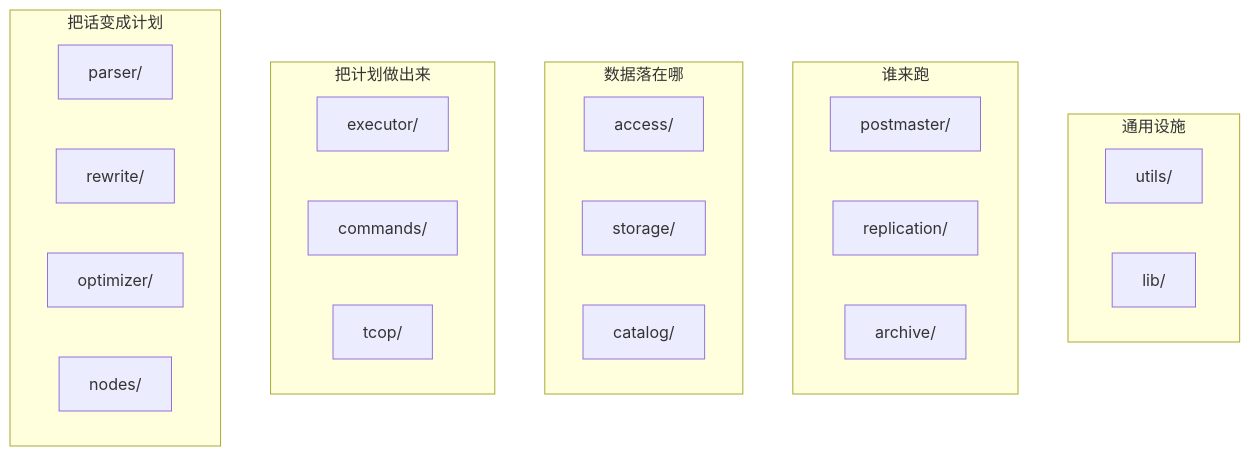
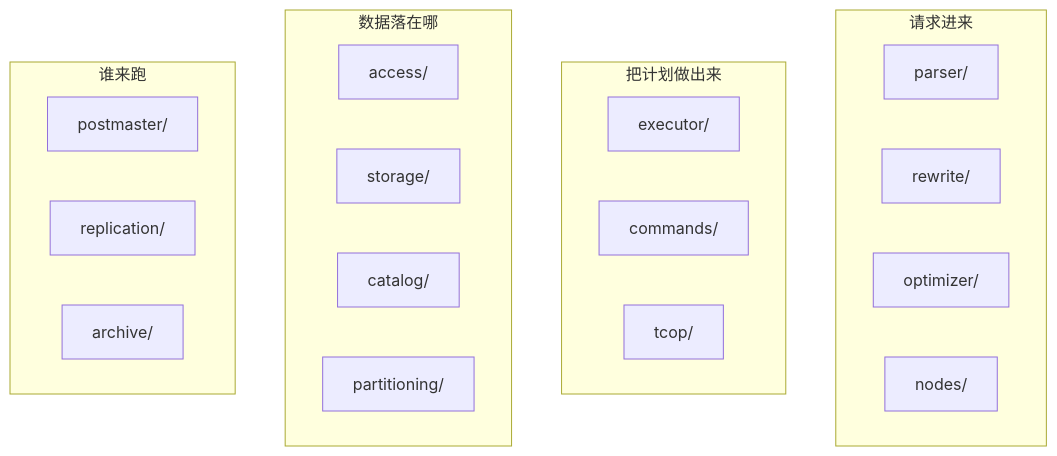
The second of 13 diagrams in docs/source-tracks/postgresql/getting-started/postgresql19-architecture.md (growdu/aiv), drawn with Mermaid before and after one commit. The commit also changed other lines of this file and 9 other files, not shown here.

````diff
--- a/docs/source-tracks/postgresql/getting-started/postgresql19-architecture.md
+++ b/docs/source-tracks/postgresql/getting-started/postgresql19-architecture.md
@@ -80,28 +87,25 @@
 ```mermaid
 flowchart TB
-  subgraph E["通用设施"]
-    UT["utils/"]
-    LI["lib/"]
+  subgraph A["请求进来"]
+    PA["parser/"]
+    RW["rewrite/"]
+    OP["optimizer/"]
+    NO["nodes/"]
+  end
+  subgraph B["把计划做出来"]
+    EX["executor/"]
+    CM["commands/"]
+    TC["tcop/"]
+  end
+  subgraph C["数据落在哪"]
+    AC["access/"]
+    ST["storage/"]
+    CA["catalog/"]
+    PT["partitioning/"]
   end
   subgraph D["谁来跑"]
     PM["postmaster/"]
     RP["replication/"]
     AR["archive/"]
   end
-  subgraph C["数据落在哪"]
-    AC["access/"]
-    ST["storage/"]
-    CA["catalog/"]
-  end
-  subgraph B["把计划做出来"]
-    EX["executor/"]
-    CM["commands/"]
-    TC["tcop/"]
-  end
-  subgraph A["把话变成计划"]
-    PA["parser/"]
-    RW["rewrite/"]
-    OP["optimizer/"]
-    NO["nodes/"]
-  end
 ```
````
